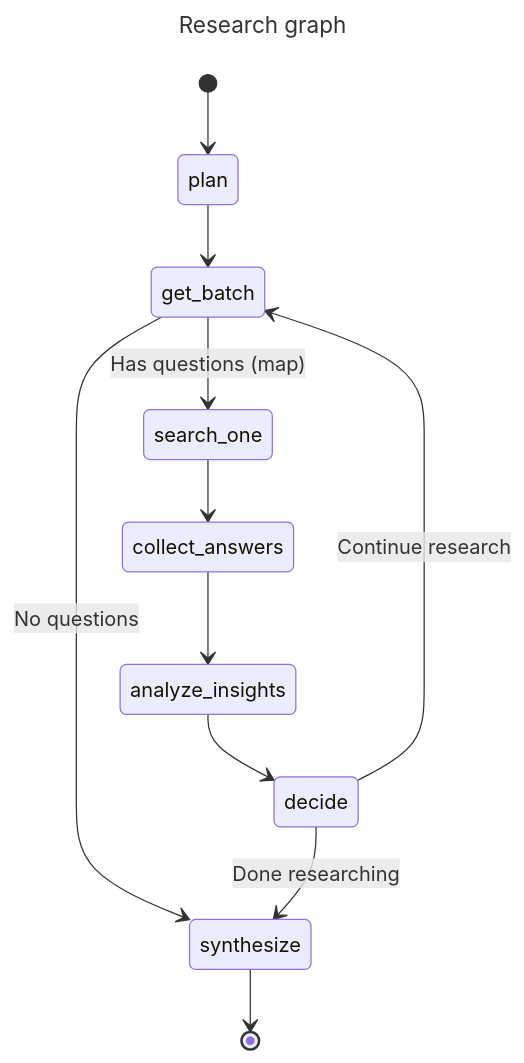
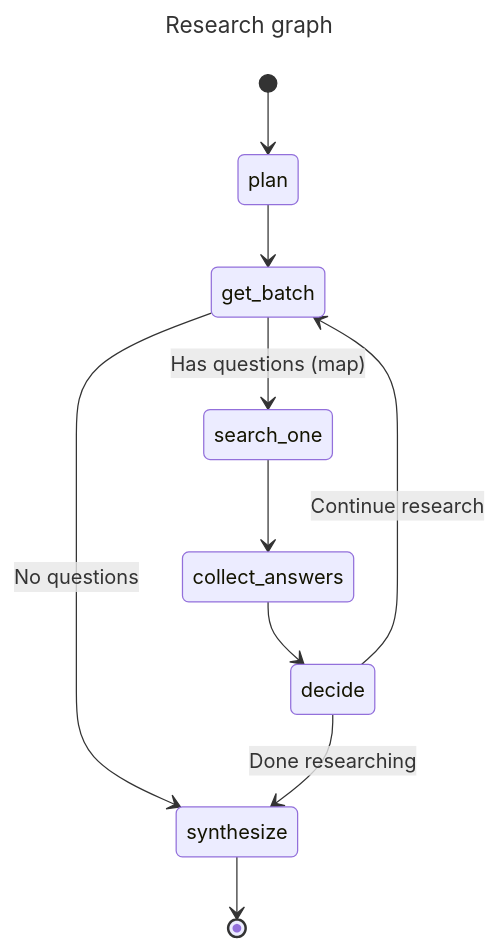
The diagram in docs/agents.md (ggozad/haiku.rag), drawn with Mermaid before and after one commit. The commit also changed other lines of this file and 1 other file, not shown here.

````diff
--- a/docs/agents.md
+++ b/docs/agents.md
@@ -155,16 +56,15 @@
 ```mermaid
 ---
 title: Research graph
 ---
 stateDiagram-v2
   [*] --> plan
   plan --> get_batch
   get_batch --> search_one: Has questions (map)
   get_batch --> synthesize: No questions
   search_one --> collect_answers
-  collect_answers --> analyze_insights
-  analyze_insights --> decide
+  collect_answers --> decide
   decide --> get_batch: Continue research
   decide --> synthesize: Done researching
   synthesize --> [*]
 ```
````
